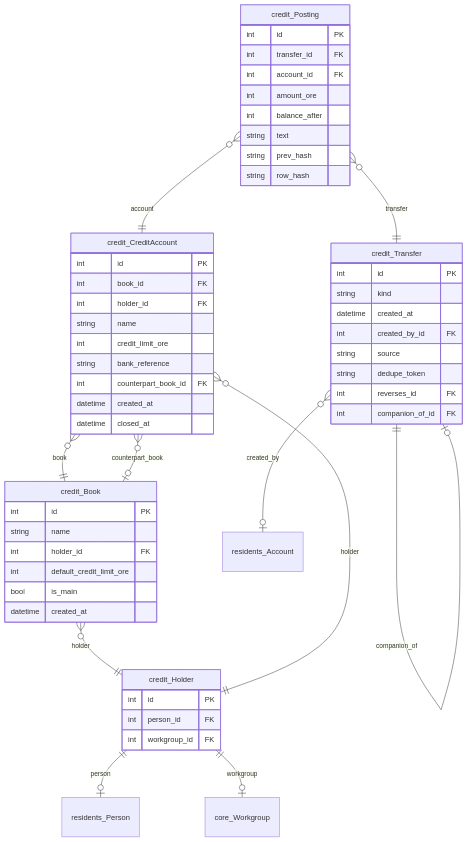
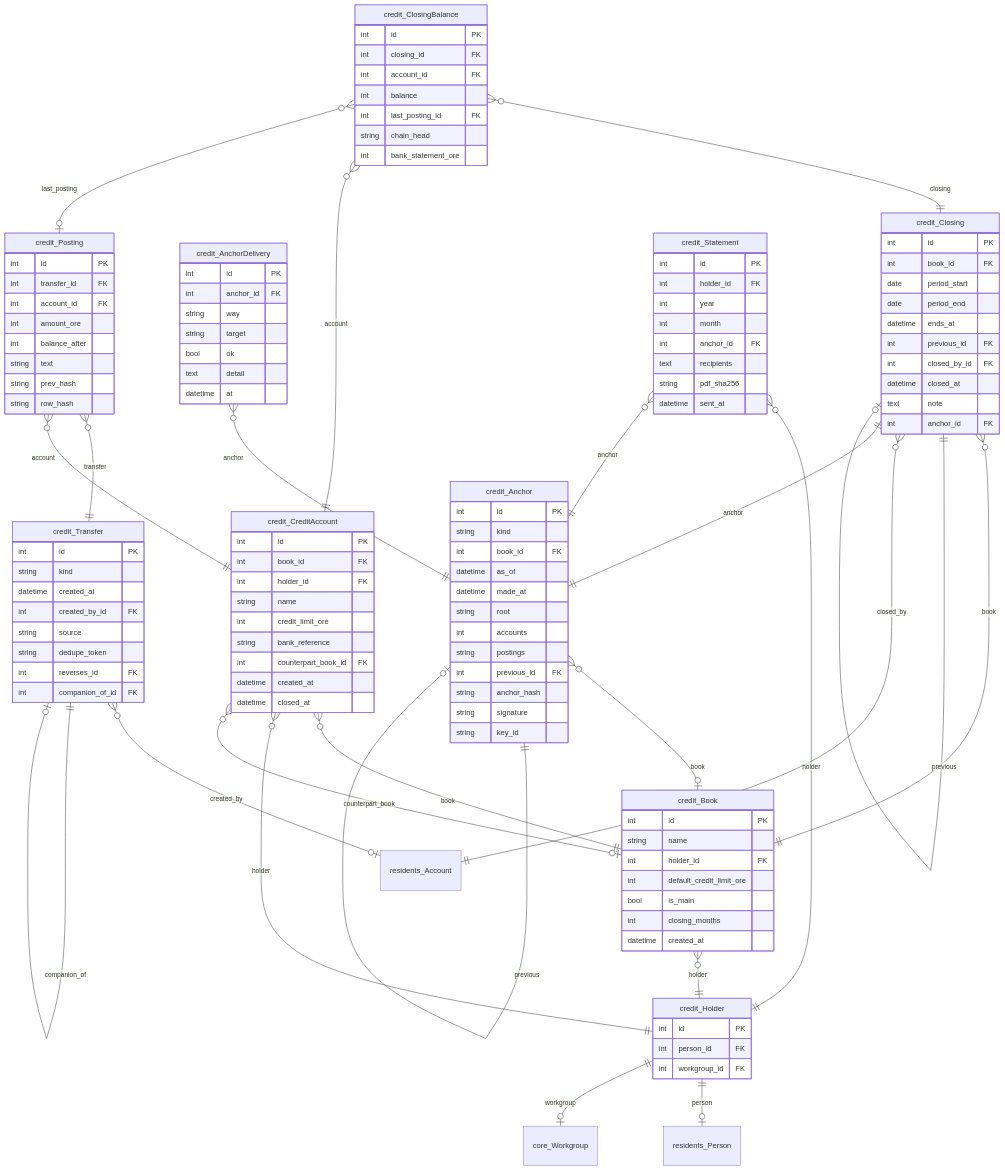
One commit to GAHK-org/gahk_intern changed the eighth of 20 diagrams in docs/erd.md. Above: the diagram before and after it, drawn with Mermaid. The commit also changed other lines of this file and 29 other files, not shown here.

````diff
--- a/docs/erd.md
+++ b/docs/erd.md
@@ -1608,6 +1680,7 @@
         int holder_id FK
         int default_credit_limit_ore
         bool is_main
+        int closing_months
         datetime created_at
     }
 
@@ -1645,6 +1718,65 @@
         string row_hash
     }
 
+    credit_Anchor {
+        int id PK
+        string kind
+        int book_id FK
+        datetime as_of
+        datetime made_at
+        string root
+        int accounts
+        string postings
+        int previous_id FK
+        string anchor_hash
+        string signature
+        string key_id
+    }
+
+    credit_AnchorDelivery {
+        int id PK
+        int anchor_id FK
+        string way
+        string target
+        bool ok
+        text detail
+        datetime at
+    }
+
+    credit_Closing {
+        int id PK
+        int book_id FK
+        date period_start
+        date period_end
+        datetime ends_at
+        int previous_id FK
+        int closed_by_id FK
+        datetime closed_at
+        text note
+        int anchor_id FK
+    }
+
+    credit_ClosingBalance {
+        int id PK
+        int closing_id FK
+        int account_id FK
+        int balance
+        int last_posting_id FK
+        string chain_head
+        int bank_statement_ore
+    }
+
+    credit_Statement {
+        int id PK
+        int holder_id FK
+        int year
+        int month
+        int anchor_id FK
+        text recipients
+        string pdf_sha256
+        datetime sent_at
+    }
+
     core_Workgroup { }
 
     residents_Account { }
@@ -1662,4 +1794,16 @@
     credit_Transfer ||--|o credit_Transfer : "companion_of"
     credit_Posting }o--|| credit_Transfer : "transfer"
     credit_Posting }o--|| credit_CreditAccount : "account"
+    credit_Anchor }o--|o credit_Book : "book"
+    credit_Anchor ||--|o credit_Anchor : "previous"
+    credit_AnchorDelivery }o--|| credit_Anchor : "anchor"
+    credit_Closing }o--|| credit_Book : "book"
+    credit_Closing ||--|o credit_Closing : "previous"
+    credit_Closing }o--|| residents_Account : "closed_by"
+    credit_Closing ||--|| credit_Anchor : "anchor"
+    credit_ClosingBalance }o--|| credit_Closing : "closing"
+    credit_ClosingBalance }o--|| credit_CreditAccount : "account"
+    credit_ClosingBalance }o--|o credit_Posting : "last_posting"
+    credit_Statement }o--|| credit_Holder : "holder"
+    credit_Statement }o--|| credit_Anchor : "anchor"
 ```
````
